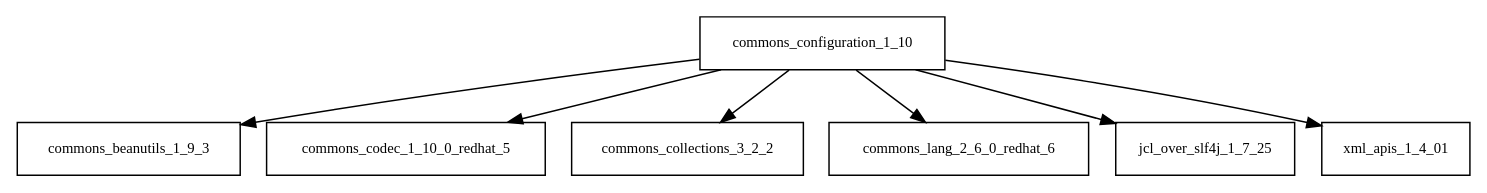
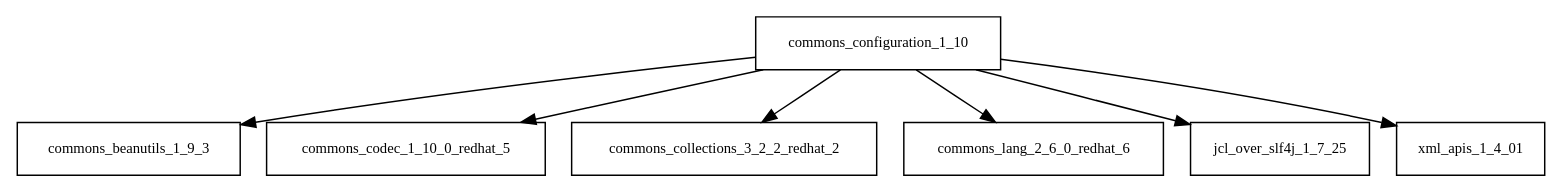
Before and after one commit to AglaianWoman/cia: the diagram in tattleTaleReport/graphviz/commons-configuration-1.10.jar/commons-configuration-1.10.jar.dot, drawn with Graphviz. The commit also changed 1067 other files, not shown here.

```diff
--- a/tattleTaleReport/graphviz/commons-configuration-1.10.jar/commons-configuration-1.10.jar.dot
+++ b/tattleTaleReport/graphviz/commons-configuration-1.10.jar/commons-configuration-1.10.jar.dot
@@ -1,9 +1,9 @@
 digraph commons_configuration_1_10_dependencies {
   node [shape = box, fontsize=10.0];
   commons_configuration_1_10 -> commons_beanutils_1_9_3;
   commons_configuration_1_10 -> commons_codec_1_10_0_redhat_5;
-  commons_configuration_1_10 -> commons_collections_3_2_2;
+  commons_configuration_1_10 -> commons_collections_3_2_2_redhat_2;
   commons_configuration_1_10 -> commons_lang_2_6_0_redhat_6;
   commons_configuration_1_10 -> jcl_over_slf4j_1_7_25;
   commons_configuration_1_10 -> xml_apis_1_4_01;
 }
```
